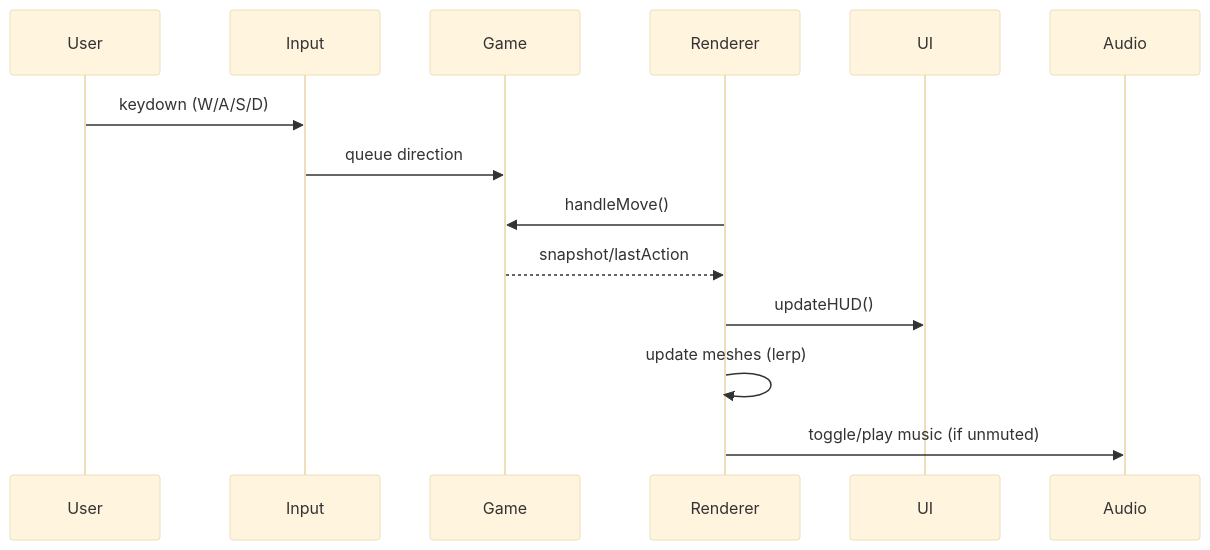
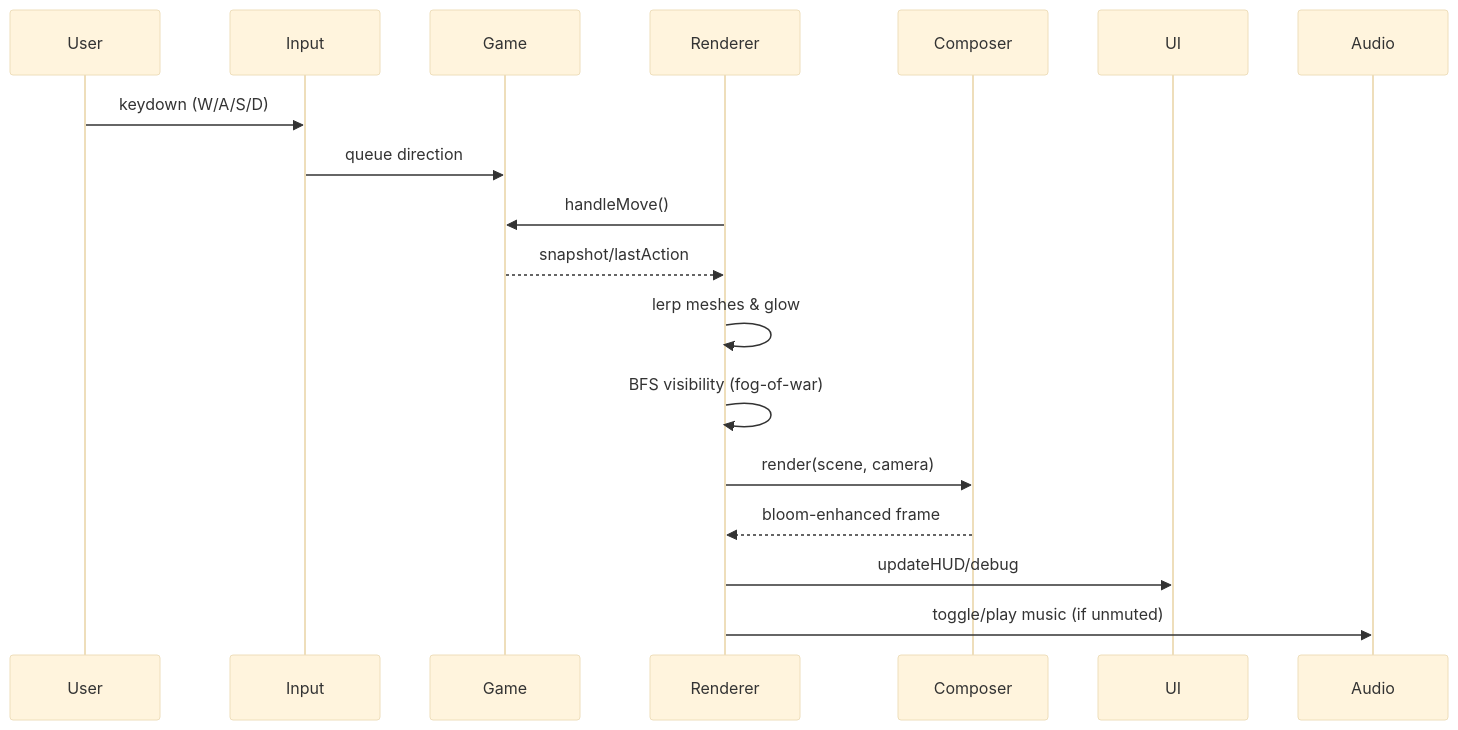
The fourth of 5 diagrams in vibe_resources/architecture.md (satchm0h/dungeon_delver), drawn with Mermaid (base theme) before and after one commit. The commit also changed other lines of this file, not shown here.

Commit message:
Update architecture doc for bloom fog of war

````diff
--- a/vibe_resources/architecture.md
+++ b/vibe_resources/architecture.md
@@ -108,16 +109,20 @@
 ```mermaid
 sequenceDiagram
   participant User
   participant Input
   participant Game
   participant Renderer
+  participant Composer
   participant UI
 
   User->>Input: keydown (W/A/S/D)
   Input->>Game: queue direction
   Renderer->>Game: handleMove()
   Game-->>Renderer: snapshot/lastAction
-  Renderer->>UI: updateHUD()
-  Renderer->>Renderer: update meshes (lerp)
+  Renderer->>Renderer: lerp meshes & glow
+  Renderer->>Renderer: BFS visibility (fog-of-war)
+  Renderer->>Composer: render(scene, camera)
+  Composer-->>Renderer: bloom-enhanced frame
+  Renderer->>UI: updateHUD/debug
   Renderer->>Audio: toggle/play music (if unmuted)
 ```
````
